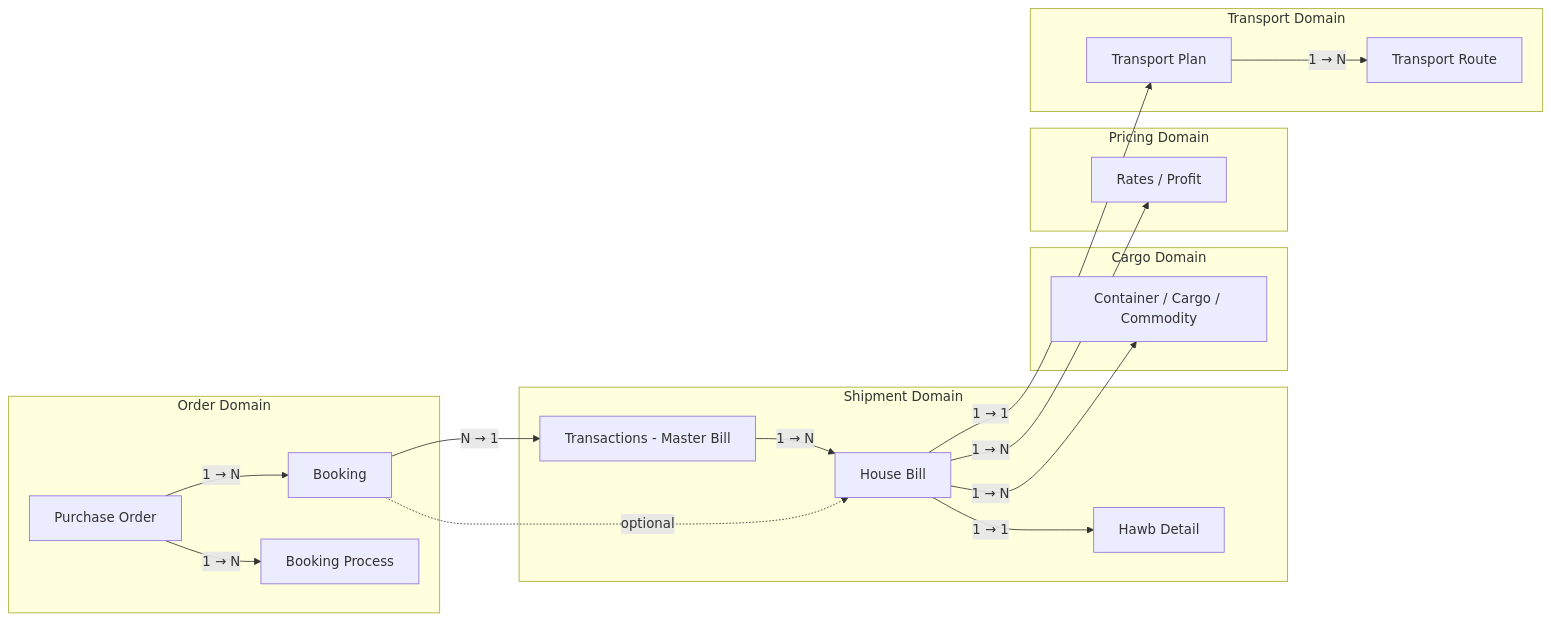
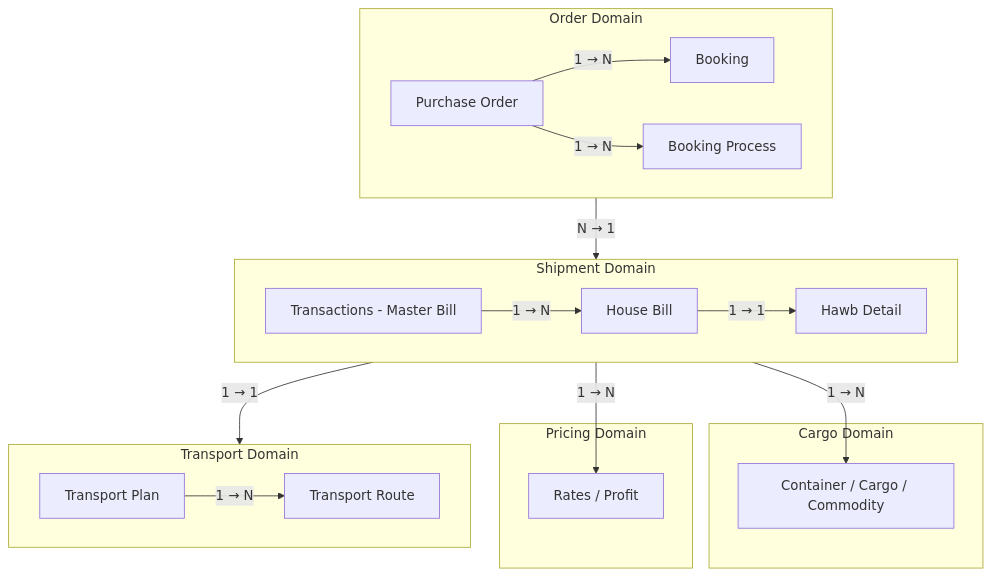
The first of 2 diagrams in projects/bf1/ERD.md (ngcdan/wiki), drawn with Mermaid before and after one commit.

Commit message:
docs: đổi DDD sang vertical layout, subgraph internal dùng direction LR

````diff
--- a/projects/bf1/ERD.md
+++ b/projects/bf1/ERD.md
@@ -13,38 +13,34 @@
 ```mermaid
-graph LR
+graph TB
     subgraph ORDER["Order Domain"]
+        direction LR
         PO["Purchase Order"]
         BK["Booking"]
         BP["Booking Process"]
         PO -->|"1 → N"| BK
         PO -->|"1 → N"| BP
     end
 
     subgraph SHIPMENT["Shipment Domain"]
-        MB["Transactions - Master Bill"]
-        HB["House Bill"]
-        HD["Hawb Detail"]
-        MB -->|"1 → N"| HB
-        HB -->|"1 → 1"| HD
+        direction LR
+        MB["Transactions - Master Bill"] -->|"1 → N"| HB["House Bill"] -->|"1 → 1"| HD["Hawb Detail"]
     end
 
     subgraph CARGO["Cargo Domain"]
         CC["Container / Cargo / Commodity"]
     end
 
     subgraph PRICING["Pricing Domain"]
         RP["Rates / Profit"]
     end
 
     subgraph TRANSPORT["Transport Domain"]
-        TP["Transport Plan"]
-        TR["Transport Route"]
-        TP -->|"1 → N"| TR
+        direction LR
+        TP["Transport Plan"] -->|"1 → N"| TR["Transport Route"]
     end
 
     BK -->|"N → 1"| MB
-    BK -.->|"optional"| HB
     HB -->|"1 → N"| CC
     HB -->|"1 → N"| RP
     HB -->|"1 → 1"| TP
 ```
````
